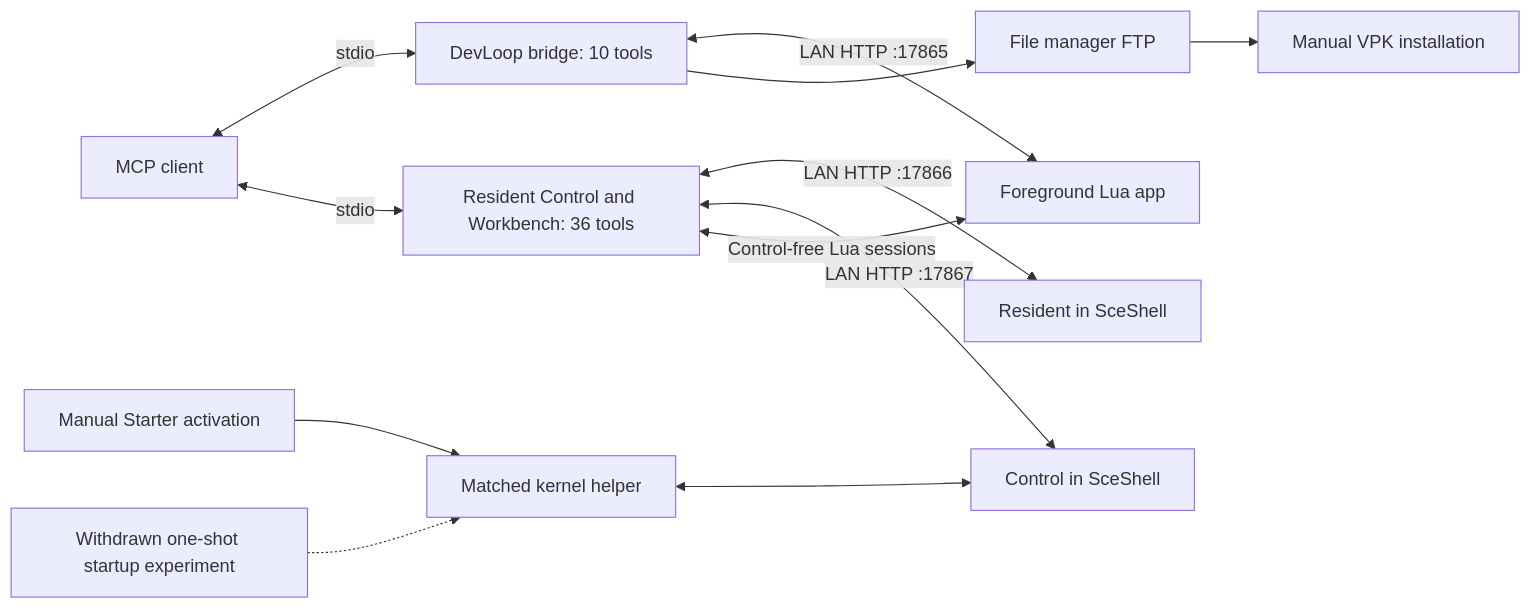
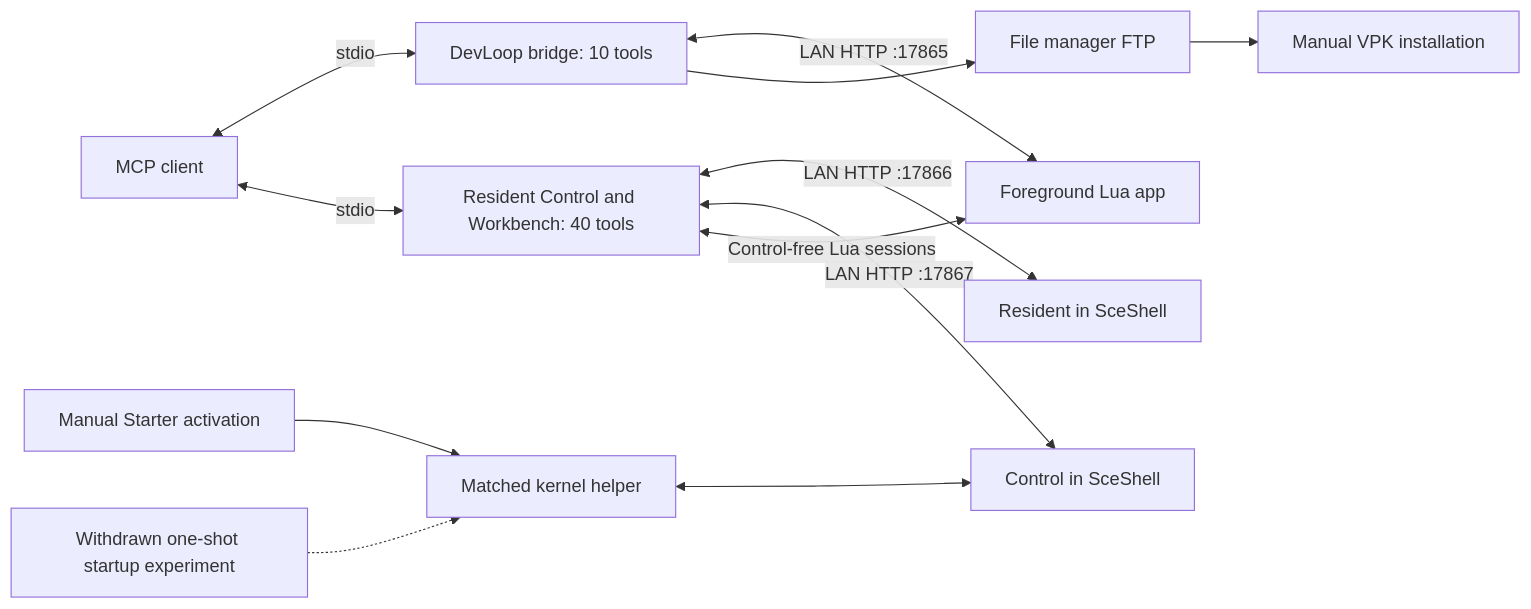
One commit to LeiterConsulting/ps-vita-mcp changed the diagram in README.md. Above: the diagram before and after it, drawn with Mermaid. The commit also changed 12 other files, not shown here.

````diff
--- a/README.md
+++ b/README.md
@@ -132,14 +132,14 @@
 ```mermaid
 flowchart LR
     Client[MCP client] <-->|stdio| DevBridge[DevLoop bridge: 10 tools]
-    Client <-->|stdio| Background[Resident Control and Workbench: 36 tools]
+    Client <-->|stdio| Background[Resident Control and Workbench: 40 tools]
     DevBridge <-->|LAN HTTP :17865| DevLoop[Foreground Lua app]
     Background <-->|LAN HTTP :17866| Resident[Resident in SceShell]
     Background <-->|LAN HTTP :17867| Control[Control in SceShell]
     Background <-->|Control-free Lua sessions| DevLoop
     Starter[Manual Starter activation] --> Kernel[Matched kernel helper]
     Auto[Withdrawn one-shot startup experiment] -.-> Kernel
     Kernel <--> Control
     DevBridge --> FTP[File manager FTP]
     FTP --> Install[Manual VPK installation]
 ```
````
